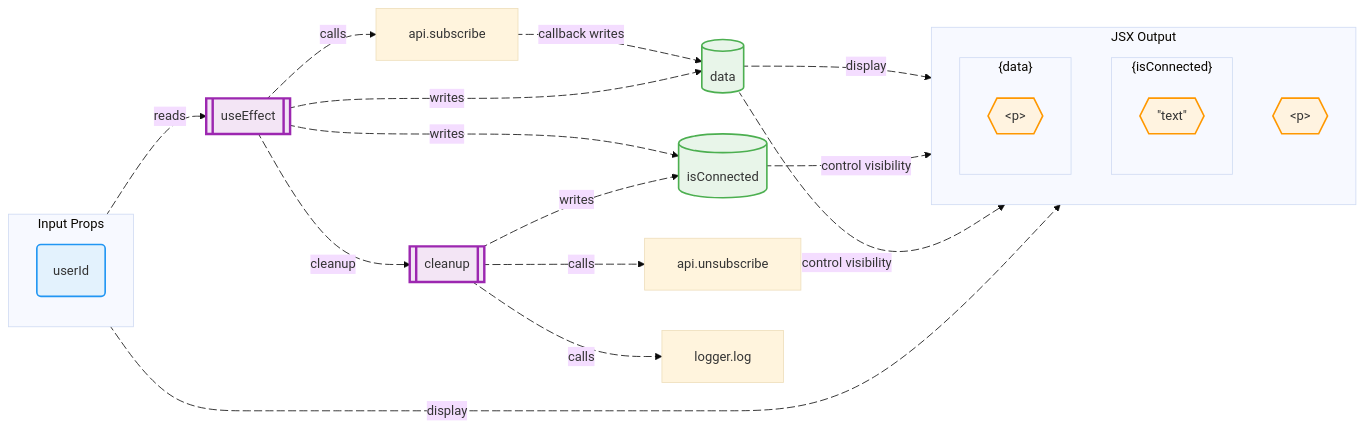
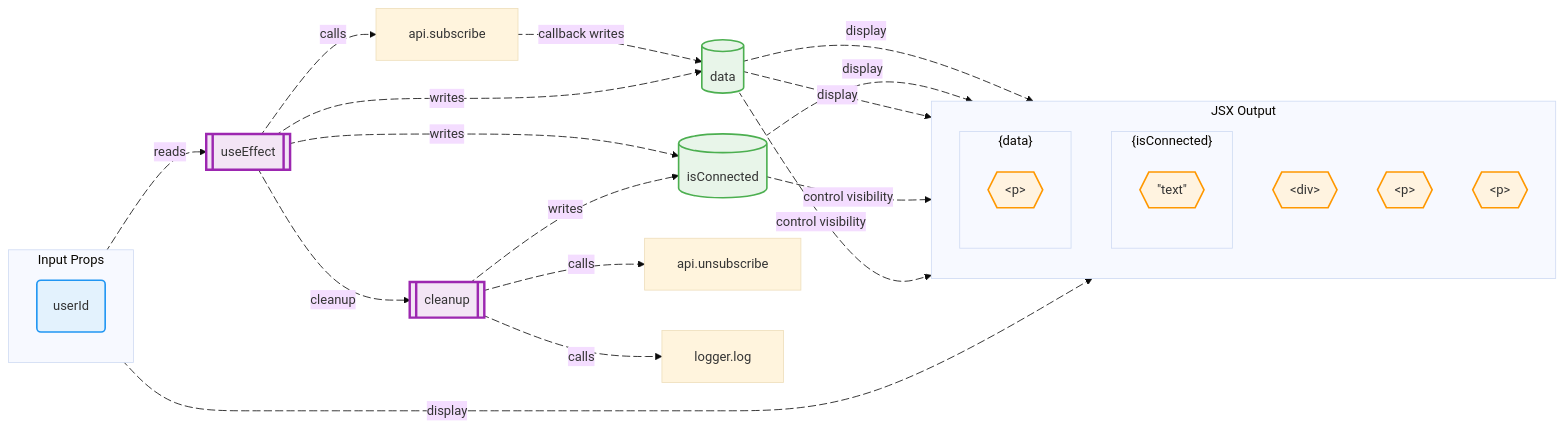
One commit to shibukawa/web-component-analyzer changed the diagram in examples/react-vite/src/components/024-DataSubscription.mmd. Above: the diagram before and after it, drawn with Mermaid. The commit also changed 26 other files, not shown here.

```diff
--- a/examples/react-vite/src/components/024-DataSubscription.mmd
+++ b/examples/react-vite/src/components/024-DataSubscription.mmd
@@ -1,74 +1,84 @@
 %%{init: {'theme': 'base', 'themeVariables': {'fontFamily': 'Comic Sans MS, cursive'}, 'flowchart': {'curve': 'basis', 'padding': 20}}}%%
 flowchart LR
   subgraph InputProps["Input Props"]
     direction TB
     prop_0("userId")
   end
   state_1[("data")]
   state_2[("isConnected")]
   process_3[["useEffect"]]
   external_call_4["api.subscribe"]
   cleanup_5[["cleanup"]]
   external_call_6["api.unsubscribe"]
   external_call_7["logger.log"]
+  jsx_element_4["div"]
   jsx_element_0["p"]
+  jsx_element_2["p"]
   jsx_element_1["#quot;text#quot;"]
-  jsx_element_2["p"]
+  jsx_element_3["p"]
   subgraph_1@{ shape: hex, label: "{isConnected}" }
   subgraph_3@{ shape: hex, label: "{data}" }
   subgraph subgraph_0["JSX Output"]
     direction TB
+      jsx_element_4@{ shape: hex, label: "&lt;div&gt;" }
       jsx_element_0@{ shape: hex, label: "&lt;p&gt;" }
+      jsx_element_2@{ shape: hex, label: "&lt;p&gt;" }
     subgraph subgraph_1["{isConnected}"]
       direction TB
         jsx_element_1@{ shape: hex, label: "#quot;text#quot;" }
     end
     subgraph subgraph_3["{data}"]
       direction TB
-        jsx_element_2@{ shape: hex, label: "&lt;p&gt;" }
+        jsx_element_3@{ shape: hex, label: "&lt;p&gt;" }
     end
   end
   process_3 eprocess_3_external_call_4@-->|"calls"| external_call_4
   eprocess_3_external_call_4@{ animate: true }
   external_call_4 eexternal_call_4_state_1@-->|"callback writes"| state_1
   eexternal_call_4_state_1@{ animate: true }
   process_3 eprocess_3_cleanup_5@-.->|"cleanup"| cleanup_5
   eprocess_3_cleanup_5@{ animate: true }
   cleanup_5 ecleanup_5_external_call_6@-->|"calls"| external_call_6
   ecleanup_5_external_call_6@{ animate: true }
   cleanup_5 ecleanup_5_external_call_7@-->|"calls"| external_call_7
   ecleanup_5_external_call_7@{ animate: true }
   state_2 estate_2_subgraph_1@-->|"control visibility"| subgraph_1
   estate_2_subgraph_1@{ animate: true }
   state_1 estate_1_subgraph_3@-->|"control visibility"| subgraph_3
   estate_1_subgraph_3@{ animate: true }
+  state_1 estate_1_jsx_element_4@-->|"display"| jsx_element_4
+  estate_1_jsx_element_4@{ animate: true }
   prop_0 eprop_0_jsx_element_0@-->|"display"| jsx_element_0
   eprop_0_jsx_element_0@{ animate: true }
-  state_1 estate_1_jsx_element_2@-->|"display"| jsx_element_2
-  estate_1_jsx_element_2@{ animate: true }
+  state_2 estate_2_jsx_element_2@-->|"display"| jsx_element_2
+  estate_2_jsx_element_2@{ animate: true }
+  state_1 estate_1_jsx_element_3@-->|"display"| jsx_element_3
+  estate_1_jsx_element_3@{ animate: true }
   process_3 eprocess_3_state_1@-->|"writes"| state_1
   eprocess_3_state_1@{ animate: true }
   process_3 eprocess_3_state_2@-->|"writes"| state_2
   eprocess_3_state_2@{ animate: true }
   cleanup_5 ecleanup_5_state_2@-->|"writes"| state_2
   ecleanup_5_state_2@{ animate: true }
   prop_0 eprop_0_process_3@-->|"reads"| process_3
   eprop_0_process_3@{ animate: true }
 
   %% Styling
   classDef inputProp fill:#E3F2FD,stroke:#2196F3,stroke-width:2px
   classDef outputProp fill:#FFF3E0,stroke:#FF9800,stroke-width:2px
   classDef process fill:#F3E5F5,stroke:#9C27B0,stroke-width:3px
   classDef dataStore fill:#E8F5E9,stroke:#4CAF50,stroke-width:2px
   classDef jsxElement fill:#FFF3E0,stroke:#FF9800,stroke-width:2px
   classDef contextData fill:#E1F5FE,stroke:#0288D1,stroke-width:2px
   classDef contextFunction fill:#FFF9C4,stroke:#F57C00,stroke-width:2px
   classDef exportedHandler fill:#E8F5E9,stroke:#4CAF50,stroke-width:2px
   class prop_0 inputProp
   class state_1 dataStore
   class state_2 dataStore
   class process_3 process
   class cleanup_5 process
+  class jsx_element_4 jsxElement
   class jsx_element_0 jsxElement
+  class jsx_element_2 jsxElement
   class jsx_element_1 jsxElement
-  class jsx_element_2 jsxElement
+  class jsx_element_3 jsxElement
```
